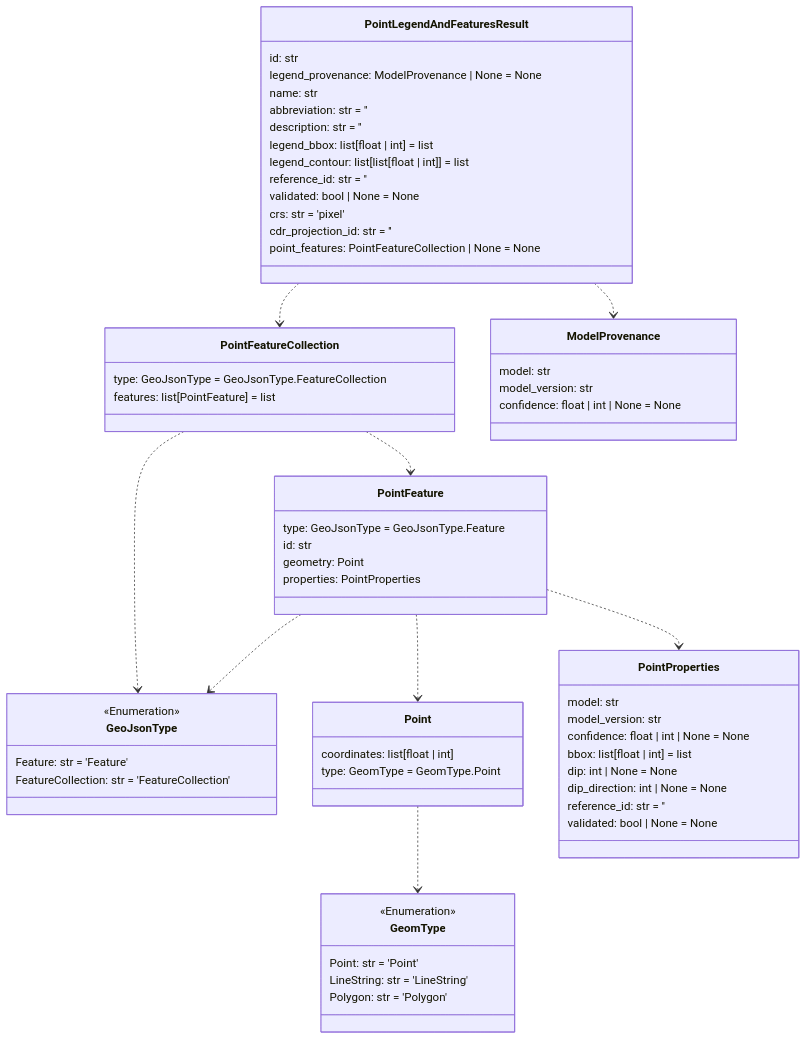
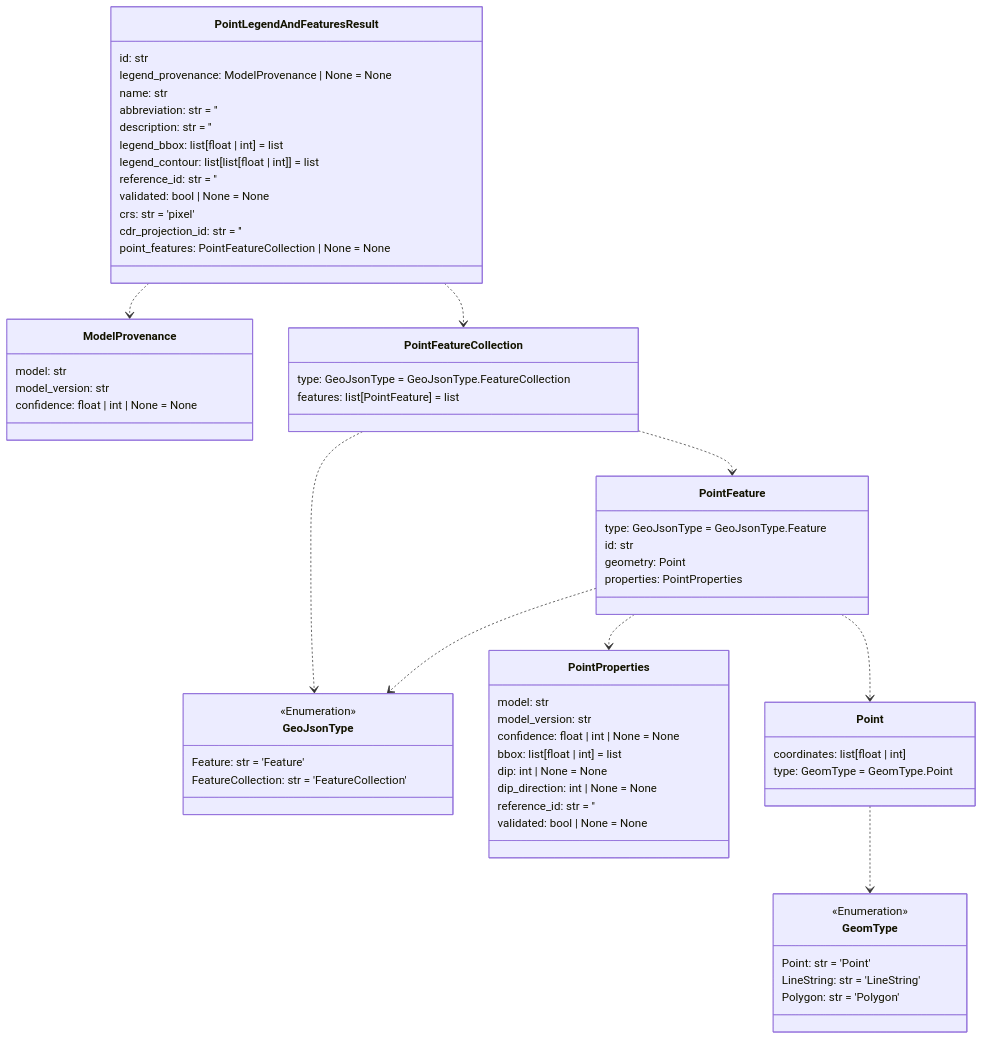
Before and after one commit to DARPA-CRITICALMAAS/cdr_schemas: the fifth of 14 diagrams in README.md, drawn with Mermaid. The commit also changed other lines of this file and 1 other file, not shown here.

First line of the commit message:
Updated schema for BNN

````diff
--- a/README.md
+++ b/README.md
@@ -368,76 +368,76 @@
 ```mermaid
 classDiagram
+
+    class GeomType {
+        <<Enumeration>>
+        Point: str = 'Point'
+        LineString: str = 'LineString'
+        Polygon: str = 'Polygon'
+    }
+
+    class ModelProvenance {
+        model: str
+        model_version: str
+        confidence: float | int | None = None
+    }
 
     class GeoJsonType {
         <<Enumeration>>
         Feature: str = 'Feature'
         FeatureCollection: str = 'FeatureCollection'
-    }
-
-    class Point {
-        coordinates: list[float | int]
-        type: GeomType = GeomType.Point
     }
 
     class PointLegendAndFeaturesResult {
         id: str
         legend_provenance: ModelProvenance | None = None
         name: str
         abbreviation: str = ''
         description: str = ''
         legend_bbox: list[float | int] = list
         legend_contour: list[list[float | int]] = list
         reference_id: str = ''
         validated: bool | None = None
         crs: str = 'pixel'
         cdr_projection_id: str = ''
         point_features: PointFeatureCollection | None = None
     }
 
     class PointFeature {
         type: GeoJsonType = GeoJsonType.Feature
         id: str
         geometry: Point
         properties: PointProperties
     }
 
-    class PointFeatureCollection {
-        type: GeoJsonType = GeoJsonType.FeatureCollection
-        features: list[PointFeature] = list
-    }
-
-    class ModelProvenance {
-        model: str
-        model_version: str
-        confidence: float | int | None = None
-    }
-
-    class GeomType {
-        <<Enumeration>>
-        Point: str = 'Point'
-        LineString: str = 'LineString'
-        Polygon: str = 'Polygon'
-    }
-
     class PointProperties {
         model: str
         model_version: str
         confidence: float | int | None = None
         bbox: list[float | int] = list
         dip: int | None = None
         dip_direction: int | None = None
         reference_id: str = ''
         validated: bool | None = None
     }
 
+    class PointFeatureCollection {
+        type: GeoJsonType = GeoJsonType.FeatureCollection
+        features: list[PointFeature] = list
+    }
+
+    class Point {
+        coordinates: list[float | int]
+        type: GeomType = GeomType.Point
+    }
+
     Point ..> GeomType
+    PointFeature ..> PointProperties
     PointFeature ..> GeoJsonType
     PointFeature ..> Point
-    PointFeature ..> PointProperties
+    PointFeatureCollection ..> PointFeature
     PointFeatureCollection ..> GeoJsonType
-    PointFeatureCollection ..> PointFeature
+    PointLegendAndFeaturesResult ..> ModelProvenance
     PointLegendAndFeaturesResult ..> PointFeatureCollection
-    PointLegendAndFeaturesResult ..> ModelProvenance
 
 
 ```
````
